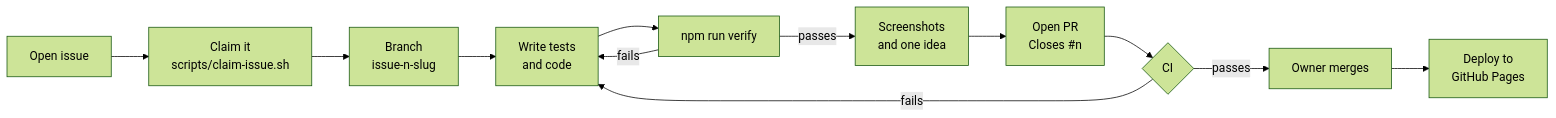
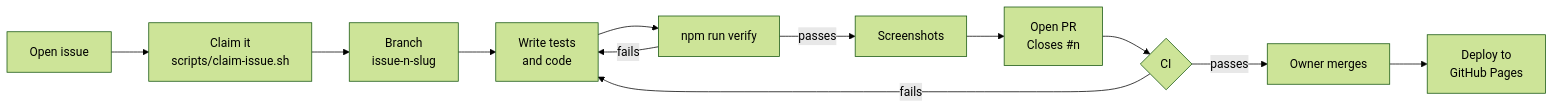
Before and after one commit to moureauf/kids-games: the first of 3 diagrams in CONTRIBUTING.md, drawn with Mermaid (forest theme). The commit also changed other lines of this file and 4 other files, not shown here.

First line of the commit message:
Remove the one-idea-per-PR rule

````diff
--- a/CONTRIBUTING.md
+++ b/CONTRIBUTING.md
@@ -64,14 +64,14 @@
 ```mermaid
 flowchart LR
     A[Open issue] --> B[Claim it<br/>scripts/claim-issue.sh]
     B --> C[Branch<br/>issue-n-slug]
     C --> D[Write tests<br/>and code]
     D --> E[npm run verify]
     E -->|fails| D
-    E -->|passes| F[Screenshots<br/>and one idea]
+    E -->|passes| F[Screenshots]
     F --> G[Open PR<br/>Closes #n]
     G --> H{CI}
     H -->|fails| D
     H -->|passes| I[Owner merges]
     I --> J[Deploy to<br/>GitHub Pages]
 ```
````
